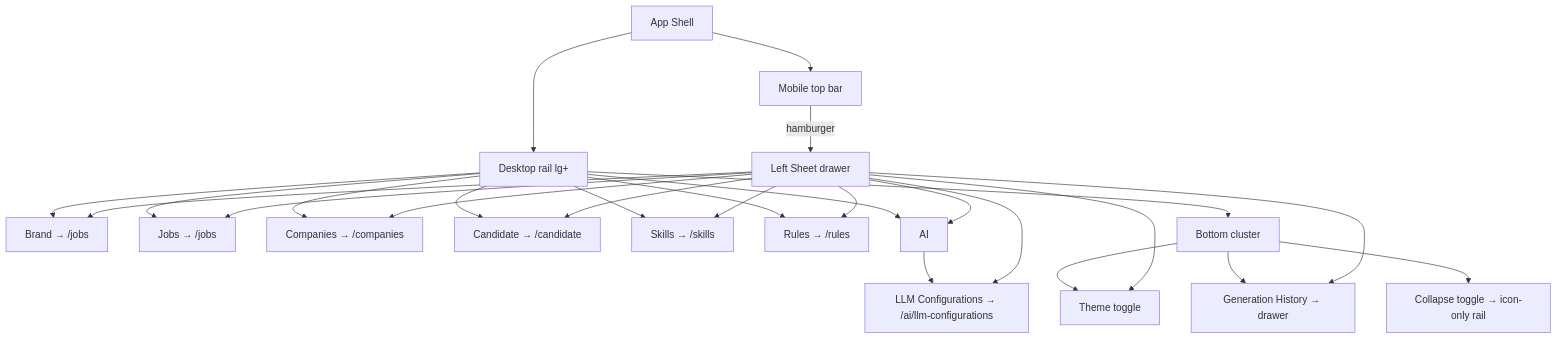
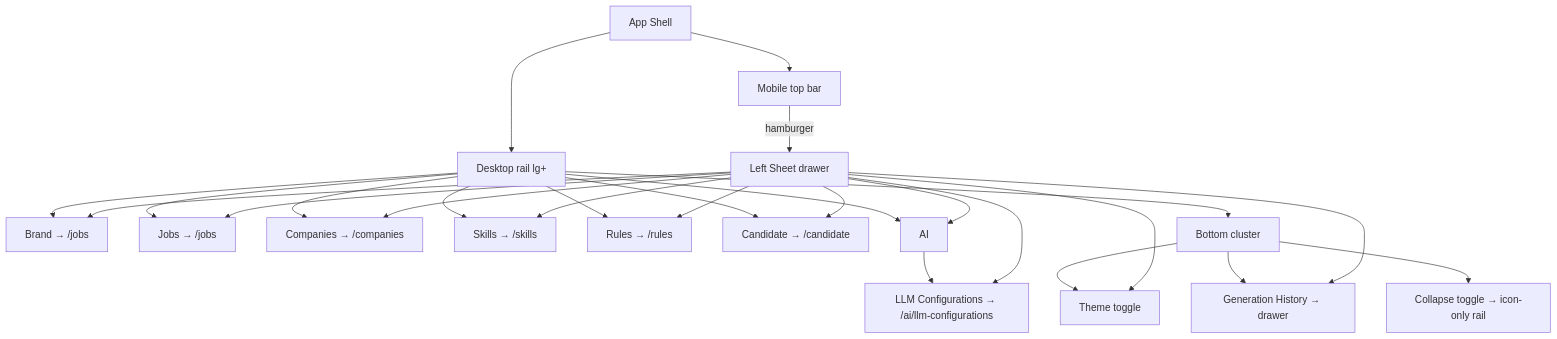
The diagram in docs/ux/app-shell.md (hassan-mohagheghian/career-os), drawn with Mermaid before and after one commit. The commit also changed 28 other files, not shown here.

````diff
--- a/docs/ux/app-shell.md
+++ b/docs/ux/app-shell.md
@@ -86,28 +86,28 @@
 ```mermaid
 flowchart TD
     A[App Shell] --> B[Desktop rail lg+]
     A --> C[Mobile top bar <lg]
     C -->|hamburger| D[Left Sheet drawer]
     B --> E[Brand → /jobs]
     B --> F[Jobs → /jobs]
     B --> G[Companies → /companies]
-    B --> H[Candidate → /candidate]
-    B --> I[Skills → /skills]
+    B --> H[Skills → /skills]
     B --> J[Rules → /rules]
+    B --> I[Candidate → /candidate]
     B --> K[AI]
     K --> L[LLM Configurations → /ai/llm-configurations]
     B --> M[Bottom cluster]
     M --> M1[Theme toggle]
     M --> M2[Generation History → drawer]
     M --> M3[Collapse toggle → icon-only rail]
     D --> E
     D --> F
     D --> G
     D --> H
     D --> I
     D --> J
     D --> K
     D --> L
     D --> M1
     D --> M2
 ```
````
